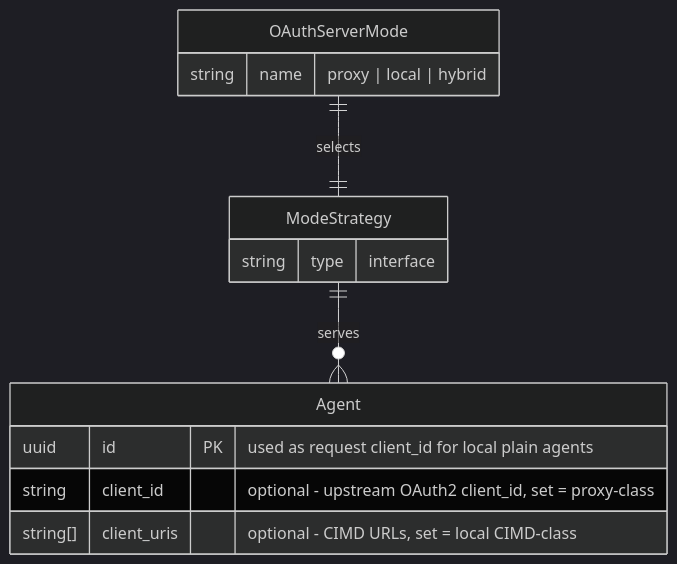
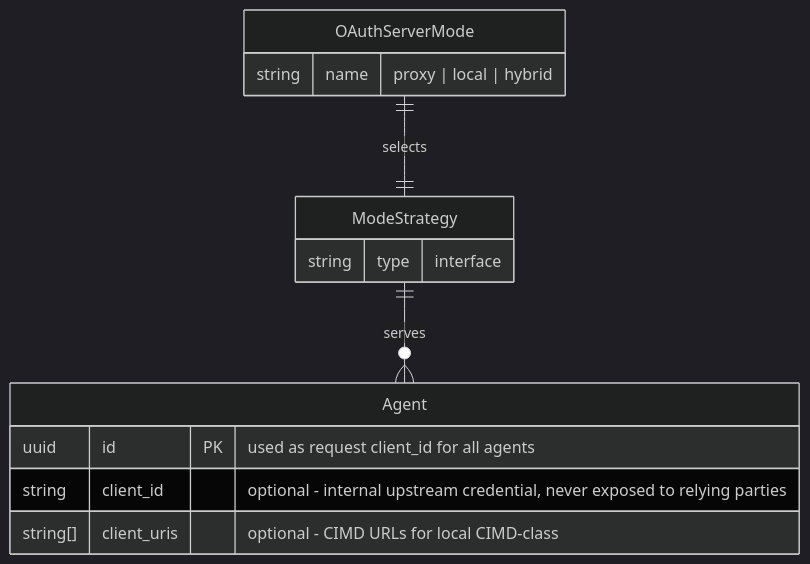
One commit to axsaucedo/agentic-identity-broker changed the first of 2 diagrams in specs/030-hybrid-oauth-modes/spec.md. Above: the diagram before and after it, drawn with Mermaid (dark theme). The commit also changed other lines of this file and 1 other file, not shown here.

Commit message:
refactor(oauth): streamline agent resolution and classification for hybrid mode

````diff
--- a/specs/030-hybrid-oauth-modes/spec.md
+++ b/specs/030-hybrid-oauth-modes/spec.md
@@ -149,16 +149,16 @@
 ```mermaid
 erDiagram
     OAuthServerMode {
         string name "proxy | local | hybrid"
     }
     Agent {
-        uuid id PK "used as request client_id for local plain agents"
-        string client_id "optional - upstream OAuth2 client_id, set = proxy-class"
-        string[] client_uris "optional - CIMD URLs, set = local CIMD-class"
+        uuid id PK "used as request client_id for all agents"
+        string client_id "optional - internal upstream credential, never exposed to relying parties"
+        string[] client_uris "optional - CIMD URLs for local CIMD-class"
     }
     ModeStrategy {
         string type "interface"
     }
     OAuthServerMode ||--|| ModeStrategy : "selects"
     ModeStrategy ||--o{ Agent : "serves"
 ```
````
